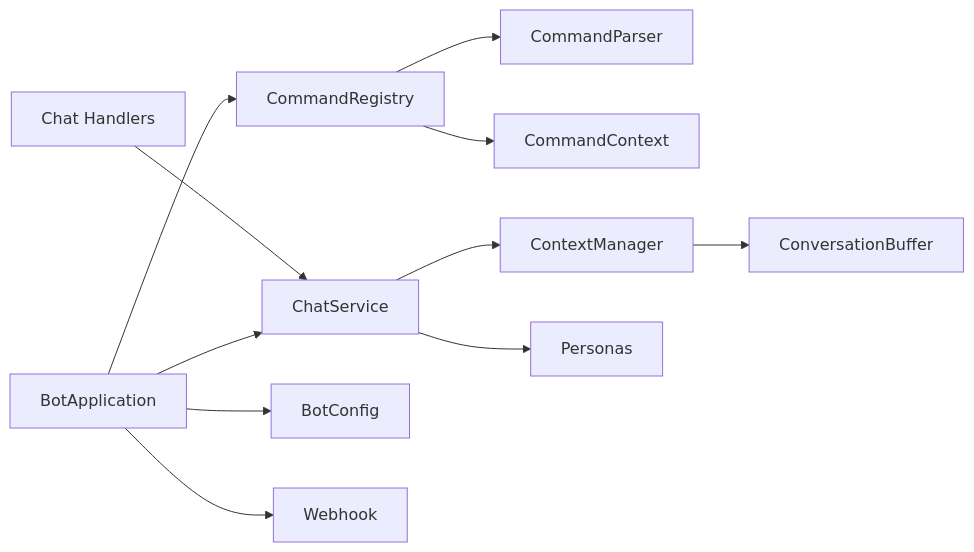
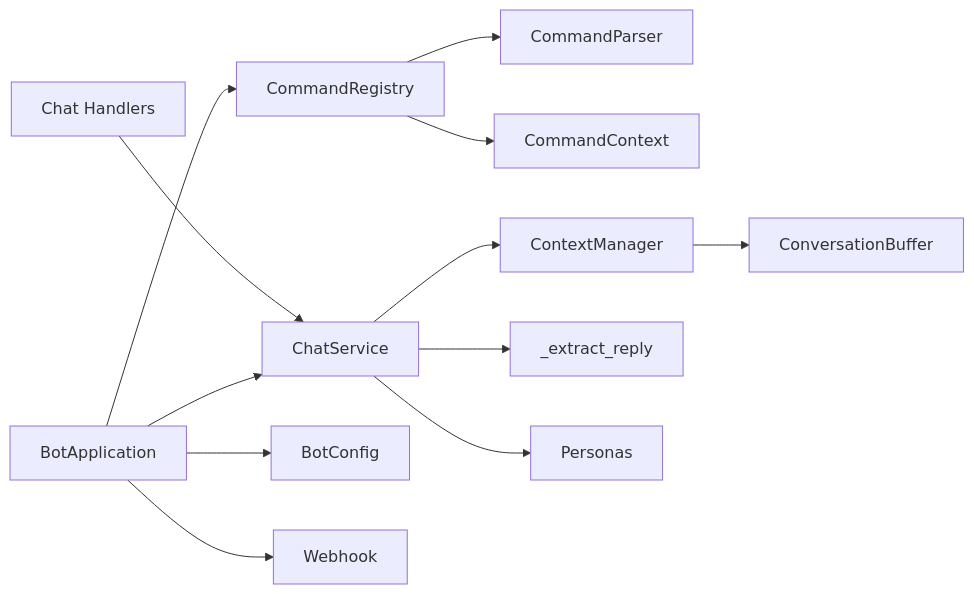
The eighth of 8 diagrams in .qoder/repowiki/zh/content/AI聊天服务/AI聊天服务.md (GhoulOwl/Teamspeak3_Bot), drawn with Mermaid before and after one commit. The commit also changed other lines of this file and 13 other files, not shown here.

````diff
--- a/.qoder/repowiki/zh/content/AI聊天服务/AI聊天服务.md
+++ b/.qoder/repowiki/zh/content/AI聊天服务/AI聊天服务.md
@@ -332,13 +388,14 @@
 ```mermaid
 graph LR
 APP["BotApplication"] --> REG["CommandRegistry"]
 APP --> CS["ChatService"]
 APP --> CFG["BotConfig"]
 REG --> PARSE["CommandParser"]
 REG --> CTX["CommandContext"]
 CHATHDL["Chat Handlers"] --> CS
 CS --> CM["ContextManager"]
+CS --> THINK["_extract_reply"]
 CM --> CB["ConversationBuffer"]
 CS --> PERS["Personas"]
 APP --> WEBHOOK["Webhook"]
 ```
````
